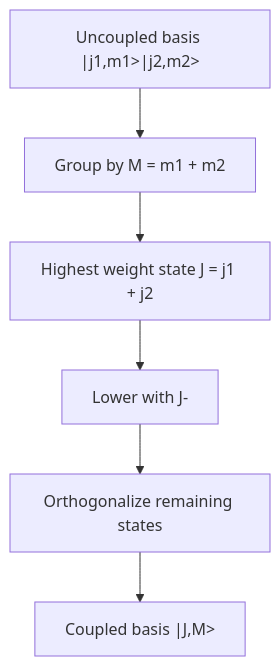
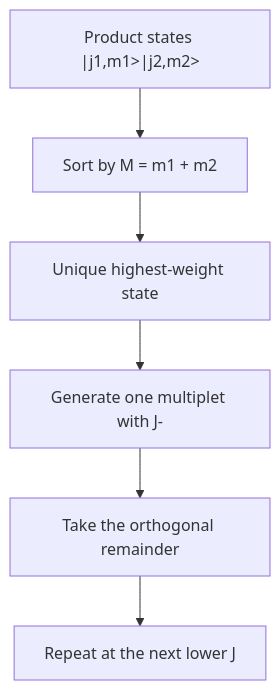
The diagram in docs/physics/quantum-mechanics/addition-of-angular-momentum.md (justinbrianhwang/SJ-wiki), drawn with Mermaid before and after one commit. The commit also changed other lines of this file and 166 other files, not shown here.

````diff
--- a/docs/physics/quantum-mechanics/addition-of-angular-momentum.md
+++ b/docs/physics/quantum-mechanics/addition-of-angular-momentum.md
@@ -121,8 +80,8 @@
 ```mermaid
 graph TD
-  A["Uncoupled basis |j1,m1>|j2,m2>"] --> B["Group by M = m1 + m2"]
-  B --> C["Highest weight state J = j1 + j2"]
-  C --> D["Lower with J-"]
-  D --> E["Orthogonalize remaining states"]
-  E --> F["Coupled basis |J,M>"]
+  A["Product states |j1,m1>|j2,m2>"] --> B["Sort by M = m1 + m2"]
+  B --> C["Unique highest-weight state"]
+  C --> D["Generate one multiplet with J-"]
+  D --> E["Take the orthogonal remainder"]
+  E --> F["Repeat at the next lower J"]
 ```
````
